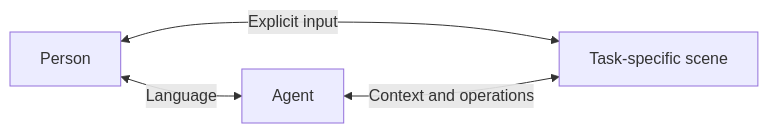
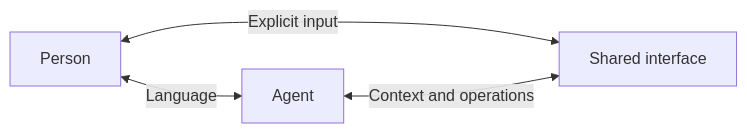
Before and after one commit to zhm9484/openhax: the diagram in README.md, drawn with Mermaid. The commit also changed other lines of this file and 13 other files, not shown here.

Commit message:
docs(project): clarify human-agent collaboration across product copy

````diff
--- a/README.md
+++ b/README.md
@@ -16,6 +12,6 @@
 ```mermaid
 flowchart LR
     human[Person] <-->|Language| agent[Agent]
-    human <-->|Explicit input| scene[Task-specific scene]
-    agent <-->|Context and operations| scene
+    human <-->|Explicit input| ui[Shared interface]
+    agent <-->|Context and operations| ui
 ```
````
